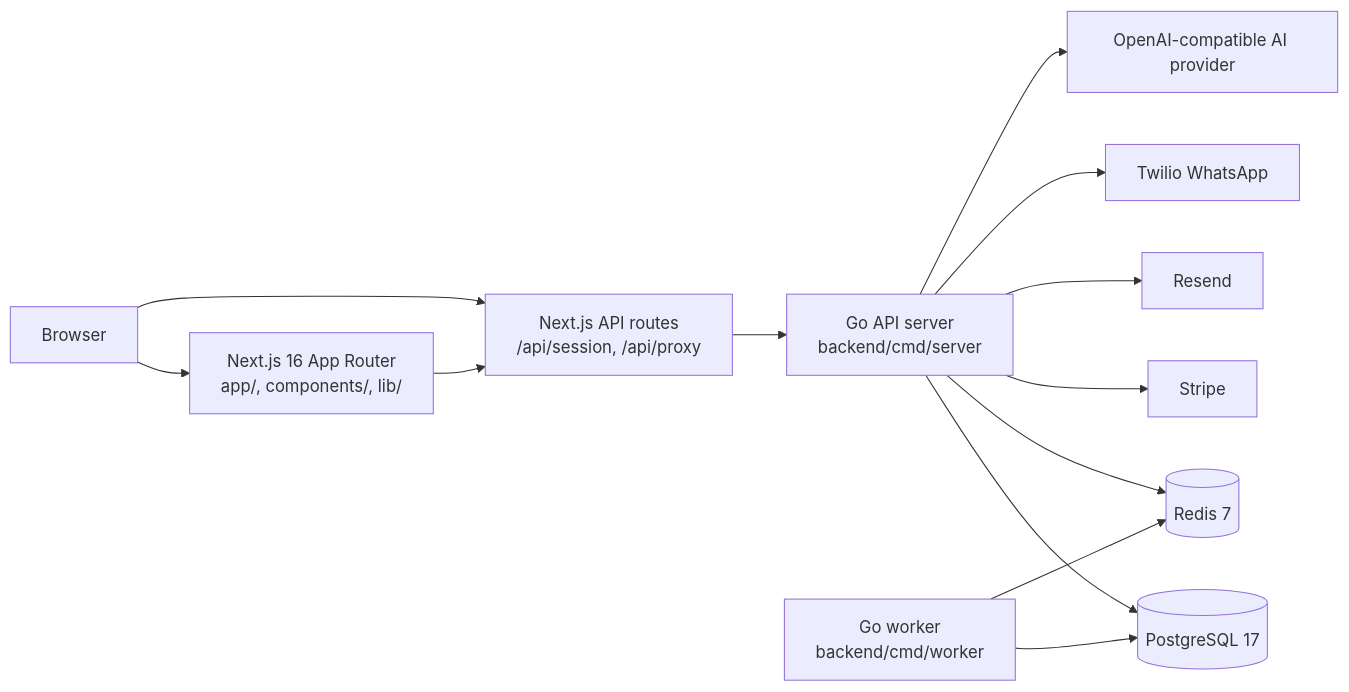
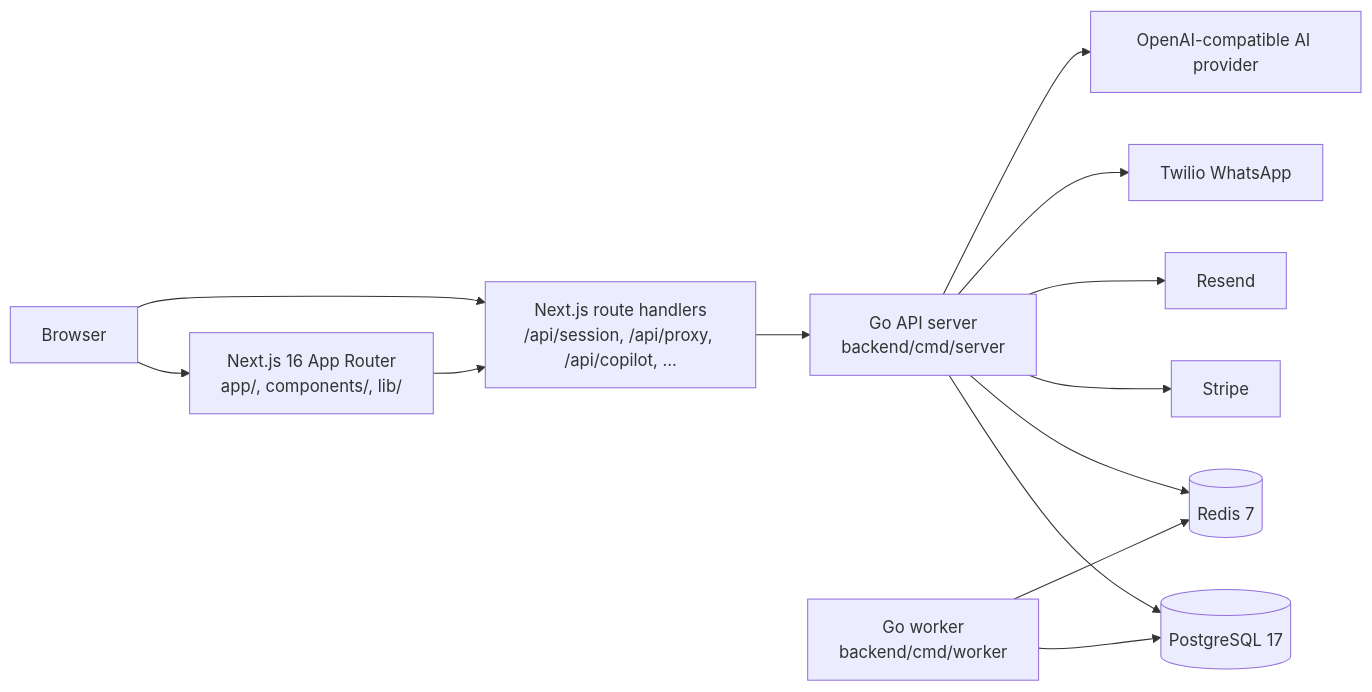
The diagram in docs/architecture.md (nyashahama/StrataHQ), drawn with Mermaid before and after one commit. The commit also changed other lines of this file, not shown here.

Commit message:
docs: tighten architecture reference

````diff
--- a/docs/architecture.md
+++ b/docs/architecture.md
@@ -7,27 +7,27 @@
 ```mermaid
 flowchart LR
     Browser[Browser]
     Next[Next.js 16 App Router\napp/, components/, lib/]
-    Proxy[Next.js API routes\n/api/session, /api/proxy]
+    Proxy[Next.js route handlers\n/api/session, /api/proxy, /api/copilot, ...]
     GoAPI[Go API server\nbackend/cmd/server]
     Worker[Go worker\nbackend/cmd/worker]
     Postgres[(PostgreSQL 17)]
     Redis[(Redis 7)]
     Stripe[Stripe]
     Resend[Resend]
     Twilio[Twilio WhatsApp]
     AI[OpenAI-compatible AI provider]
 
     Browser --> Next
     Next --> Proxy
     Proxy --> GoAPI
     Browser --> Proxy
     GoAPI --> Postgres
     GoAPI --> Redis
     Worker --> Postgres
     Worker --> Redis
     GoAPI --> Stripe
     GoAPI --> Resend
     GoAPI --> Twilio
     GoAPI --> AI
 ```
````
